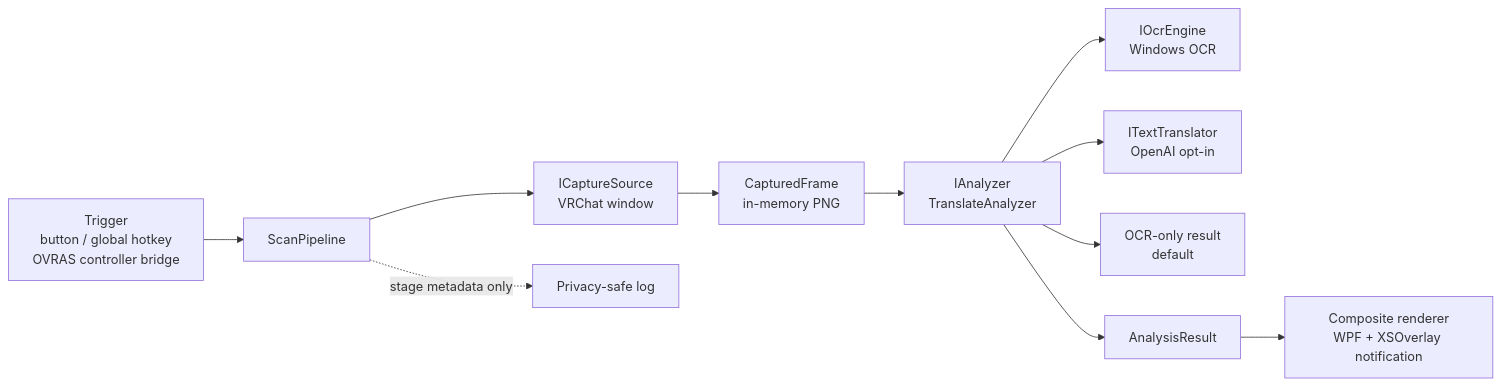
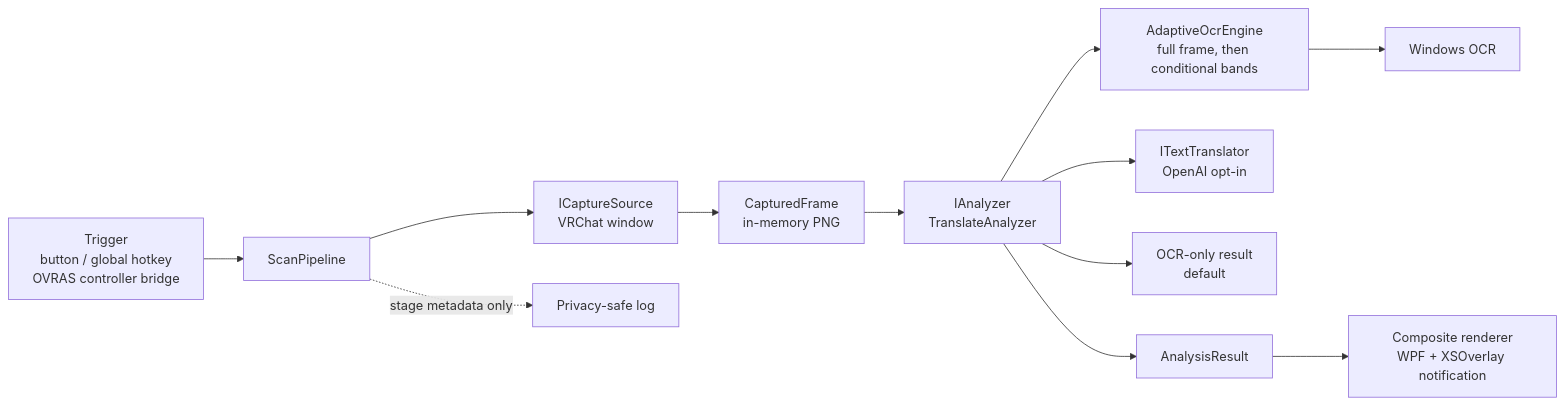
The diagram in DESIGN.md (Na2ki-BB/vrchat-visual-assistant), drawn with Mermaid before and after one commit. The commit also changed other lines of this file and 2 other files, not shown here.

Commit message:
docs: record OCR and Quest controller findings

````diff
--- a/DESIGN.md
+++ b/DESIGN.md
@@ -163,13 +164,14 @@
 ```mermaid
 flowchart LR
     T[Trigger<br/>button / global hotkey<br/>OVRAS controller bridge] --> P[ScanPipeline]
     P --> C[ICaptureSource<br/>VRChat window]
     C --> F[CapturedFrame<br/>in-memory PNG]
     F --> A[IAnalyzer<br/>TranslateAnalyzer]
-    A --> O[IOcrEngine<br/>Windows OCR]
+    A --> O[AdaptiveOcrEngine<br/>full frame, then conditional bands]
+    O --> W[Windows OCR]
     A --> X[ITextTranslator<br/>OpenAI opt-in]
     A --> N[OCR-only result<br/>default]
     A --> R[AnalysisResult]
     R --> V[Composite renderer<br/>WPF + XSOverlay notification]
     P -. stage metadata only .-> L[Privacy-safe log]
 ```
````
